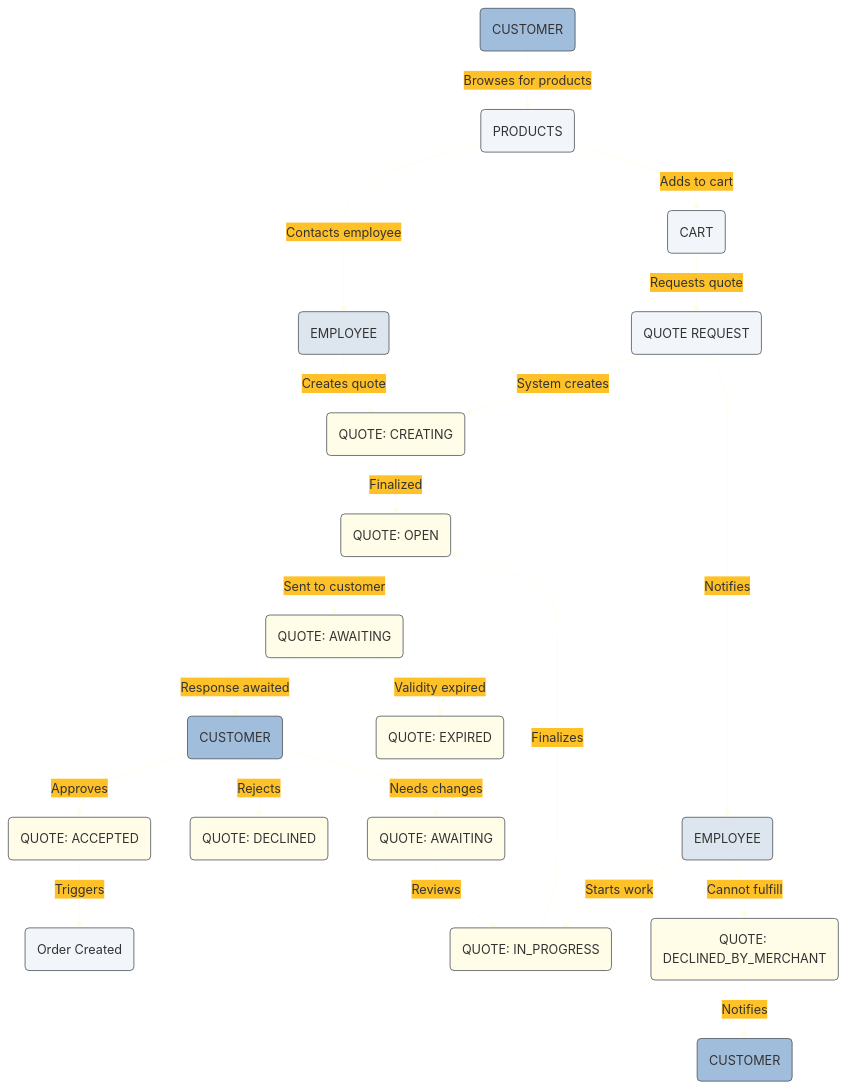
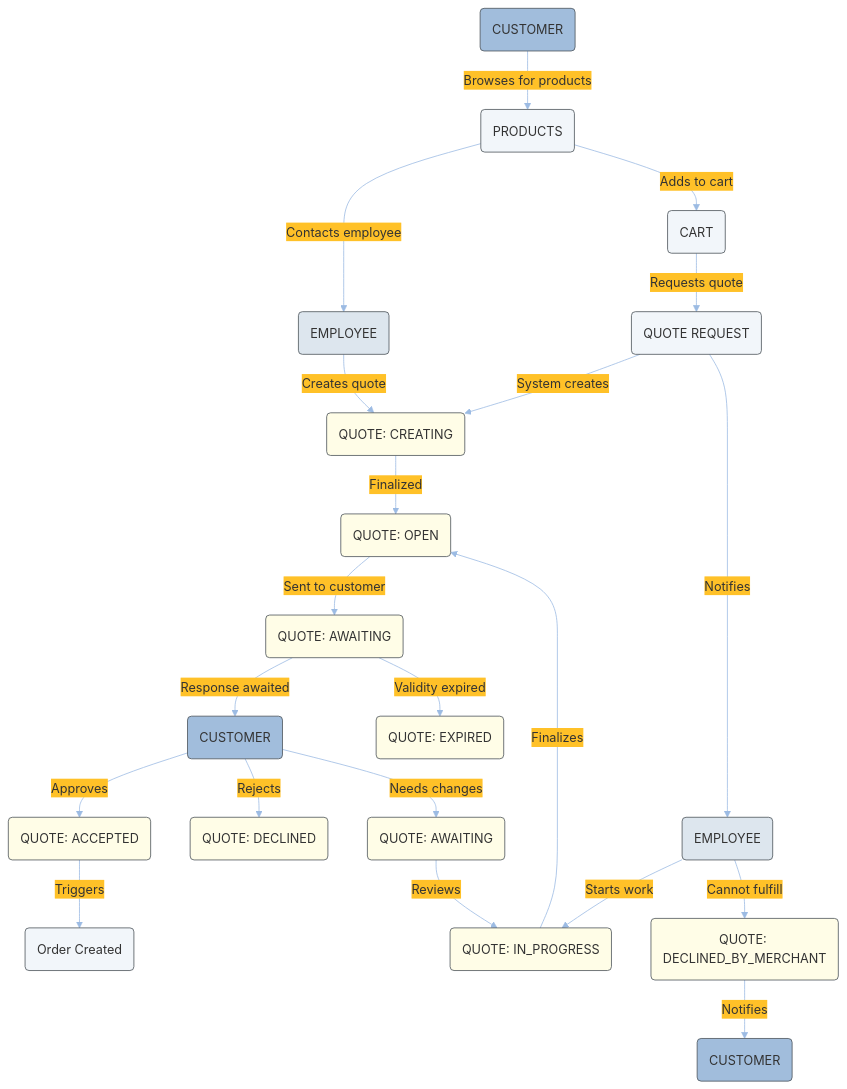
One commit to emporix/api-references changed the diagram in quotes/quote/quote.md. Above: the diagram before and after it, drawn with Mermaid.

````diff
--- a/quotes/quote/quote.md
+++ b/quotes/quote/quote.md
@@ -47,70 +47,70 @@
 ```mermaid
 ---
 config:
   layout: fixed
   theme: base
   look: classic
   themeVariables:
     background: transparent
-    lineColor: "#FFFDE7"
-    arrowheadColor: "#FFFDE7"
+    lineColor: "#9CBBE3"
+    arrowheadColor: "#9CBBE3"
     edgeLabelBackground: "#FFC128" 
     edgeLabelTextColor: "#4C5359"
     actorBorder: '#4C5359'
 ---
 graph TD
     CUSTOMER1(CUSTOMER)
     PRODUCTS(PRODUCTS)
     
     CUSTOMER1 -->|Browses for products| PRODUCTS
     
     PRODUCTS -->|Contacts employee| EMPLOYEE1(EMPLOYEE)
     PRODUCTS -->|Adds to cart| CART(CART)
     
     EMPLOYEE1 -->|Creates quote| CREATING(QUOTE: CREATING)
     CART -->|Requests quote| QUOTE_REQUEST(QUOTE REQUEST)
     
     QUOTE_REQUEST -->|System creates| CREATING
     QUOTE_REQUEST -->|Notifies| EMPLOYEE2(EMPLOYEE)
     
     CREATING -->|Finalized| OPEN(QUOTE: OPEN)
     EMPLOYEE2 -->|Starts work| IN_PROGRESS(QUOTE: IN_PROGRESS)
     
     IN_PROGRESS -->|Finalizes| OPEN
     EMPLOYEE2 -->|Cannot fulfill| DECLINED_MERCHANT(QUOTE: DECLINED_BY_MERCHANT)
     
     DECLINED_MERCHANT -->|Notifies| CUSTOMER3(CUSTOMER)
     
     OPEN -->|Sent to customer| AWAITING_CUSTOMER(QUOTE: AWAITING)
     
     AWAITING_CUSTOMER -->|Response awaited| CUSTOMER2(CUSTOMER)
     AWAITING_CUSTOMER -->|Validity expired| EXPIRED(QUOTE: EXPIRED)
     
     CUSTOMER2 -->|Approves| ACCEPTED(QUOTE: ACCEPTED)
     CUSTOMER2 -->|Rejects| DECLINED(QUOTE: DECLINED)
     CUSTOMER2 -->|Needs changes| AWAITING_EMPLOYEE(QUOTE: AWAITING)
     
     AWAITING_EMPLOYEE -->|Reviews| IN_PROGRESS
     
     ACCEPTED -->|Triggers| ORDER(Order Created)
     
     style CREATING fill:#FFFDE7, stroke:#4C5359
     style OPEN fill:#FFFDE7, stroke:#4C5359
     style AWAITING_CUSTOMER fill:#FFFDE7, stroke:#4C5359
     style AWAITING_EMPLOYEE fill:#FFFDE7, stroke:#4C5359
     style IN_PROGRESS fill:#FFFDE7, stroke:#4C5359
     style ACCEPTED fill:#FFFDE7, stroke:#4C5359
     style DECLINED fill:#FFFDE7, stroke:#4C5359
     style DECLINED_MERCHANT fill:#FFFDE7, stroke:#4C5359
     style EXPIRED fill:#FFFDE7, stroke:#4C5359
 
     style CUSTOMER1 fill:#A1BDDC, stroke:#4C5359
     style CUSTOMER2 fill:#A1BDDC, stroke:#4C5359
     style CUSTOMER3 fill:#A1BDDC, stroke:#4C5359
     style EMPLOYEE1 fill:#DDE6EE, stroke:#4C5359
     style EMPLOYEE2 fill:#DDE6EE, stroke:#4C5359
     style CART fill:#F2F6FA, stroke:#4C5359
     style PRODUCTS fill:#F2F6FA, stroke:#4C5359
     style QUOTE_REQUEST fill:#F2F6FA, stroke:#4C5359
     style ORDER fill:#F2F6FA, stroke:#4C5359
 ```
````
